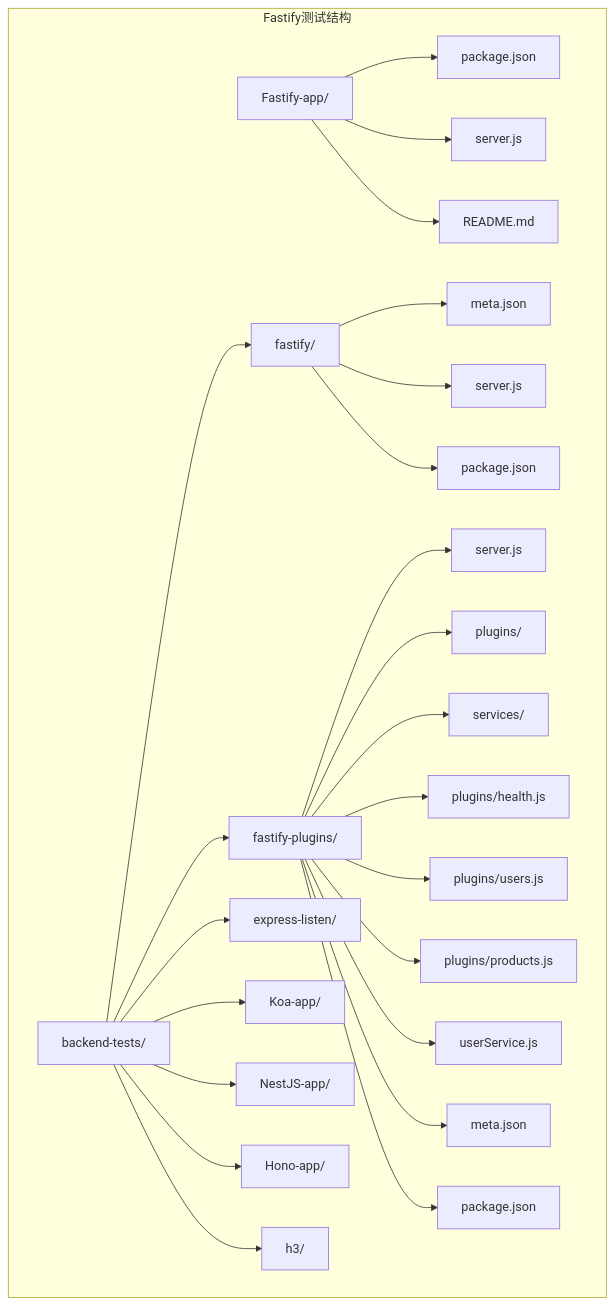
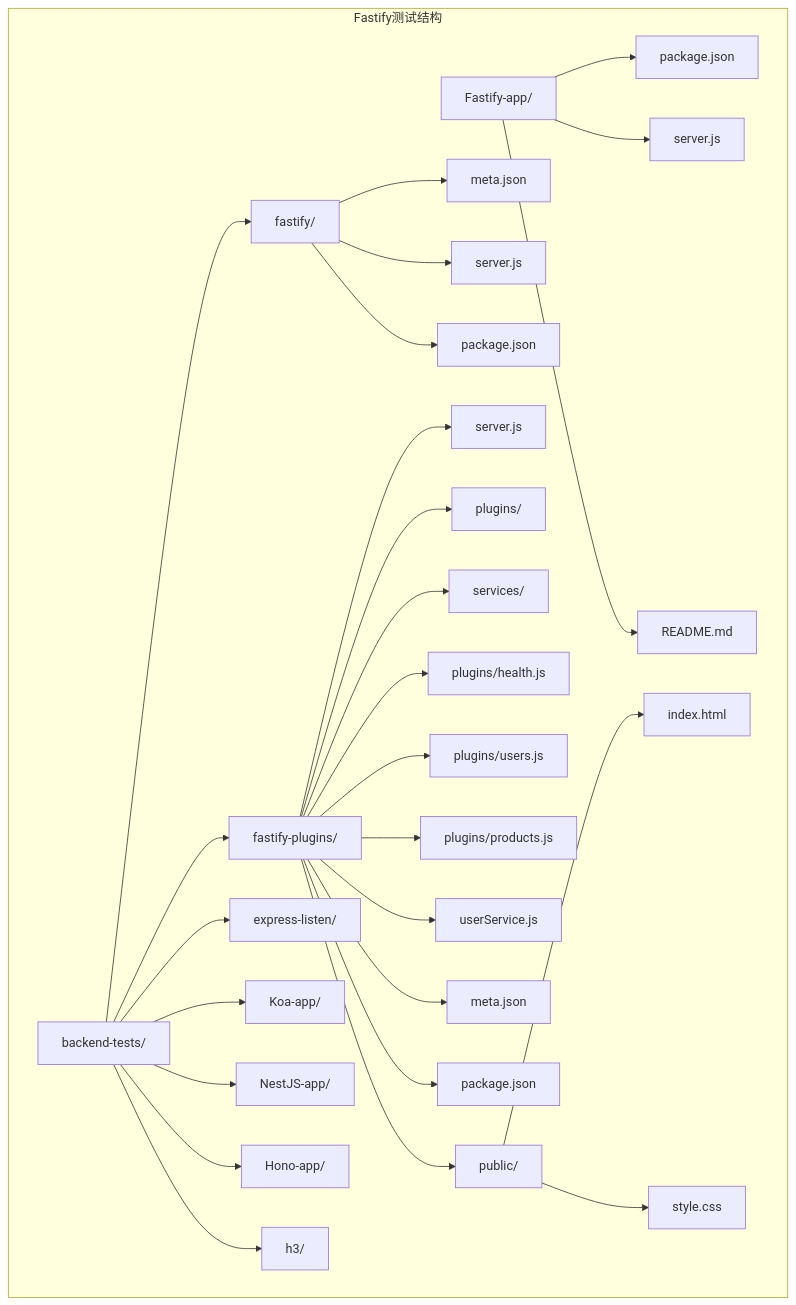
One commit to esa-sp/test-for-aone-ci changed the first of 14 diagrams in .qoder/repowiki/zh/content/后端框架测试/Fastify高性能框架测试.md. Above: the diagram before and after it, drawn with Mermaid. The commit also changed other lines of this file and 15 other files, not shown here.

````diff
--- a/.qoder/repowiki/zh/content/后端框架测试/Fastify高性能框架测试.md
+++ b/.qoder/repowiki/zh/content/后端框架测试/Fastify高性能框架测试.md
@@ -64,27 +67,30 @@
 ```mermaid
 graph TB
 subgraph "Fastify测试结构"
 FA[Fastify-app/] --> FAPkg[package.json]
 FA --> FAServer[server.js]
 FA --> FAReadme[README.md]
 BT[backend-tests/] --> FB[fastify/]
 FB --> FBMeta[meta.json]
 FB --> FBServer[server.js]
 FB --> FBPackage[package.json]
 BT --> FP[fastify-plugins/]
 FP --> FPServer[server.js]
 FP --> FPPlugins[plugins/]
 FP --> FPService[services/]
 FP --> FPPluginsHealth[plugins/health.js]
 FP --> FPPluginsUsers[plugins/users.js]
 FP --> FPPluginsProducts[plugins/products.js]
 FP --> FPServiceUser[userService.js]
 FP --> FPMeta[meta.json]
 FP --> FPPackage[package.json]
+FP --> FPStatic[public/]
+FPStatic --> FPIndex[index.html]
+FPStatic --> FPStyle[style.css]
 BT --> EX[express-listen/]
 BT --> KO[Koa-app/]
 BT --> NE[NestJS-app/]
 BT --> HO[Hono-app/]
 BT --> H3[h3/]
 end
 ```
````
